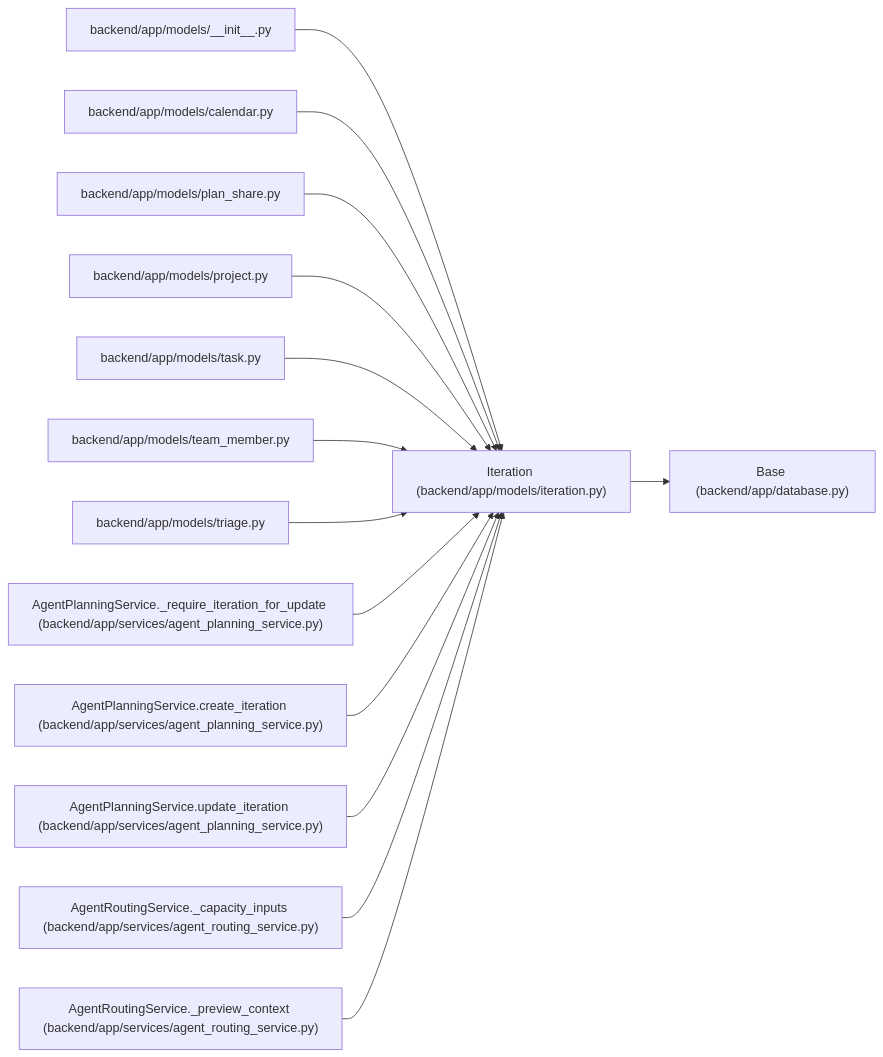
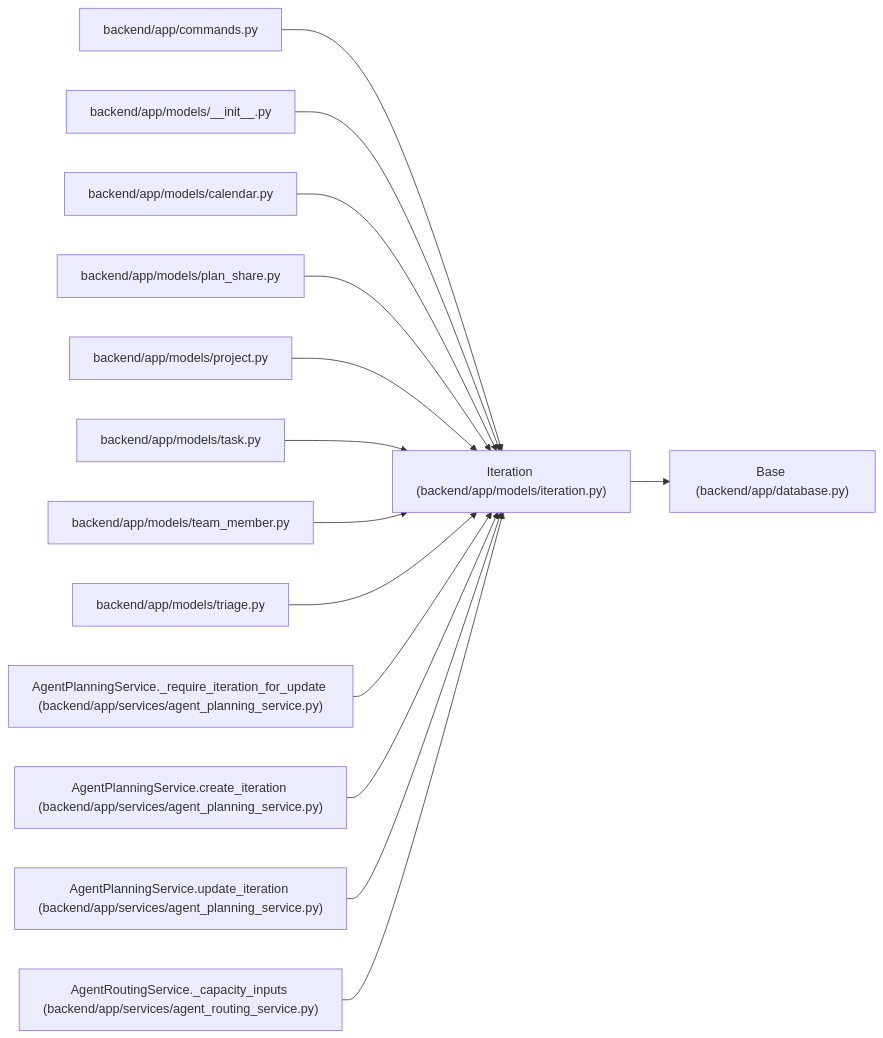
One commit to Denissvgn/WorkChord changed the diagram in docs/llm_wiki/entities/models_iteration_Iteration.md. Above: the diagram before and after it, drawn with Mermaid. The commit also changed other lines of this file and 958 other files, not shown here.

First line of the commit message:
docs(wiki): refresh identity and recovery architecture

````diff
--- a/docs/llm_wiki/entities/models_iteration_Iteration.md
+++ b/docs/llm_wiki/entities/models_iteration_Iteration.md
@@ -36,44 +37,44 @@
 ```mermaid
 flowchart LR
     n0["Iteration (backend/app/models/iteration.py)"]
     n1["Base (backend/app/database.py)"]
-    n2["backend/app/models/__init__.py"]
-    n3["backend/app/models/calendar.py"]
-    n4["backend/app/models/plan_share.py"]
-    n5["backend/app/models/project.py"]
-    n6["backend/app/models/task.py"]
-    n7["backend/app/models/team_member.py"]
-    n8["backend/app/models/triage.py"]
-    n9["AgentPlanningService._require_iteration_for_update (backend/app/services/agent_planning_service.py)"]
-    n10["AgentPlanningService.create_iteration (backend/app/services/agent_planning_service.py)"]
-    n11["AgentPlanningService.update_iteration (backend/app/services/agent_planning_service.py)"]
-    n12["AgentRoutingService._capacity_inputs (backend/app/services/agent_routing_service.py)"]
-    n13["AgentRoutingService._preview_context (backend/app/services/agent_routing_service.py)"]
+    n2["backend/app/commands.py"]
+    n3["backend/app/models/__init__.py"]
+    n4["backend/app/models/calendar.py"]
+    n5["backend/app/models/plan_share.py"]
+    n6["backend/app/models/project.py"]
+    n7["backend/app/models/task.py"]
+    n8["backend/app/models/team_member.py"]
+    n9["backend/app/models/triage.py"]
+    n10["AgentPlanningService._require_iteration_for_update (backend/app/services/agent_planning_service.py)"]
+    n11["AgentPlanningService.create_iteration (backend/app/services/agent_planning_service.py)"]
+    n12["AgentPlanningService.update_iteration (backend/app/services/agent_planning_service.py)"]
+    n13["AgentRoutingService._capacity_inputs (backend/app/services/agent_routing_service.py)"]
     n0 --> n1
     n2 --> n0
     n3 --> n0
     n4 --> n0
     n5 --> n0
     n6 --> n0
     n7 --> n0
     n8 --> n0
     n9 --> n0
     n10 --> n0
     n11 --> n0
     n12 --> n0
     n13 --> n0
     click n0 "../modules/models_iteration.md"
     click n1 "../modules/app_database.md"
-    click n2 "../modules/models___init__.md"
-    click n3 "../modules/models_calendar.md"
-    click n4 "../modules/models_plan_share.md"
-    click n5 "../modules/models_project.md"
-    click n6 "../modules/models_task.md"
-    click n7 "../modules/team_member.md"
-    click n8 "../modules/models_triage.md"
-    click n9 "../modules/agent_planning_service.md"
+    click n2 "../modules/commands.md"
+    click n3 "../modules/models___init__.md"
+    click n4 "../modules/models_calendar.md"
+    click n5 "../modules/models_plan_share.md"
+    click n6 "../modules/models_project.md"
+    click n7 "../modules/models_task.md"
+    click n8 "../modules/team_member.md"
+    click n9 "../modules/models_triage.md"
     click n10 "../modules/agent_planning_service.md"
     click n11 "../modules/agent_planning_service.md"
-    click n12 "../modules/agent_routing_service.md"
+    click n12 "../modules/agent_planning_service.md"
     click n13 "../modules/agent_routing_service.md"
 ```
````
